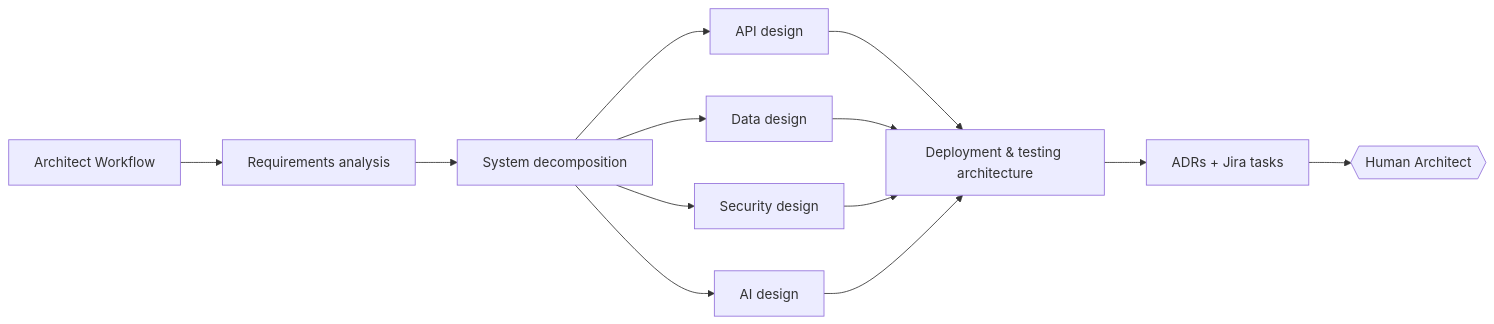
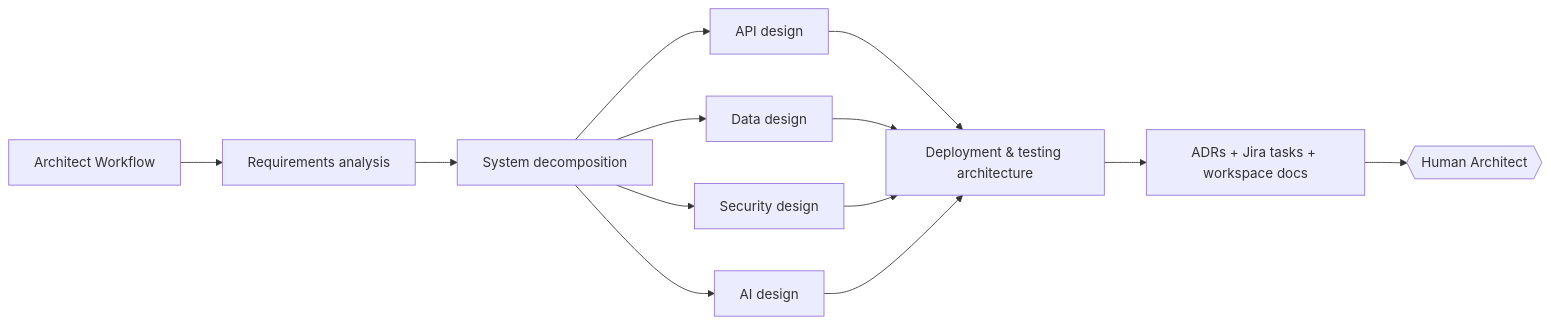
The seventh of 10 diagrams in docs/ARCHITECTURE.md (HasithaErandika/aura), drawn with Mermaid before and after one commit. The commit also changed other lines of this file and 8 other files, not shown here.

````diff
--- a/docs/ARCHITECTURE.md
+++ b/docs/ARCHITECTURE.md
@@ -444,12 +476,12 @@
 ```mermaid
 flowchart LR
     S[Architect Workflow] --> S1[Requirements analysis]
     S1 --> S2[System decomposition]
     S2 --> S3[API design]
     S2 --> S4[Data design]
     S2 --> S5[Security design]
     S2 --> S6[AI design]
     S3 & S4 & S5 & S6 --> S7[Deployment & testing architecture]
-    S7 --> S8[ADRs + Jira tasks]
+    S7 --> S8[ADRs + Jira tasks + workspace docs]
     S8 --> G{{Human Architect}}
 ```
````
